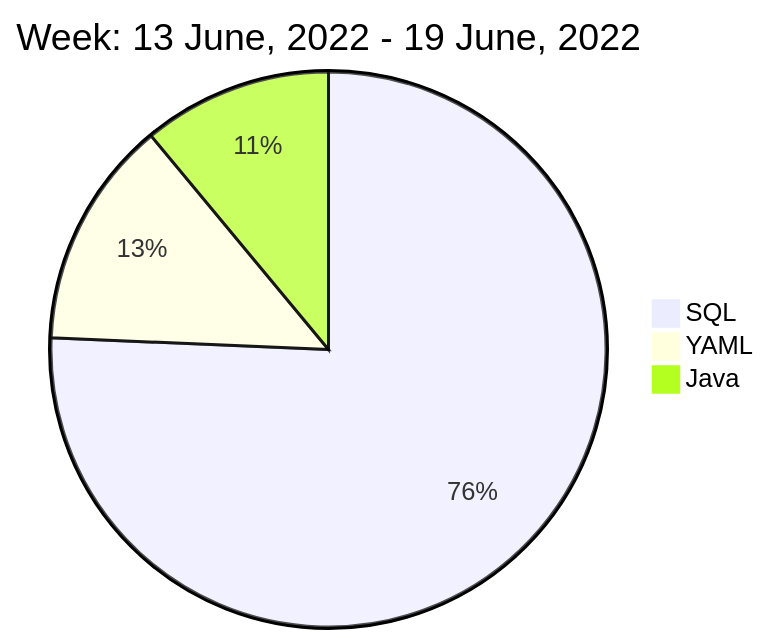
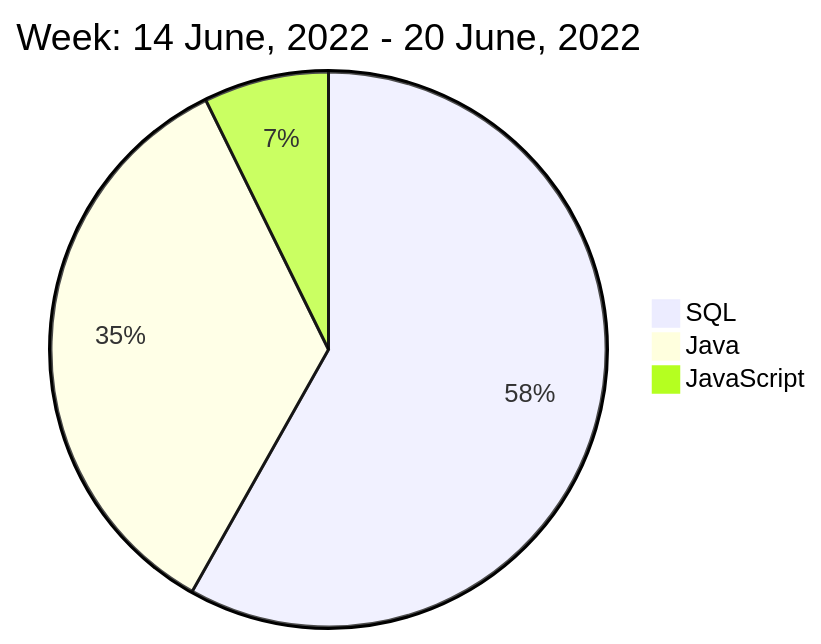
One commit to liubin95/liubin95 changed the diagram in README.md. Above: the diagram before and after it, drawn with Mermaid.

Commit message:
Updated the Graph with new Metrics

````diff
--- a/README.md
+++ b/README.md
@@ -40,7 +40,7 @@
 ```mermaid
  pie
-title Week: 13 June, 2022 - 19 June, 2022
- "SQL" : 7.0
- "YAML" : 1.23
- "Java" : 1.02
+title Week: 14 June, 2022 - 20 June, 2022
+ "SQL" : 8.55
+ "Java" : 5.08
+ "JavaScript" : 1.07
 ```
````
